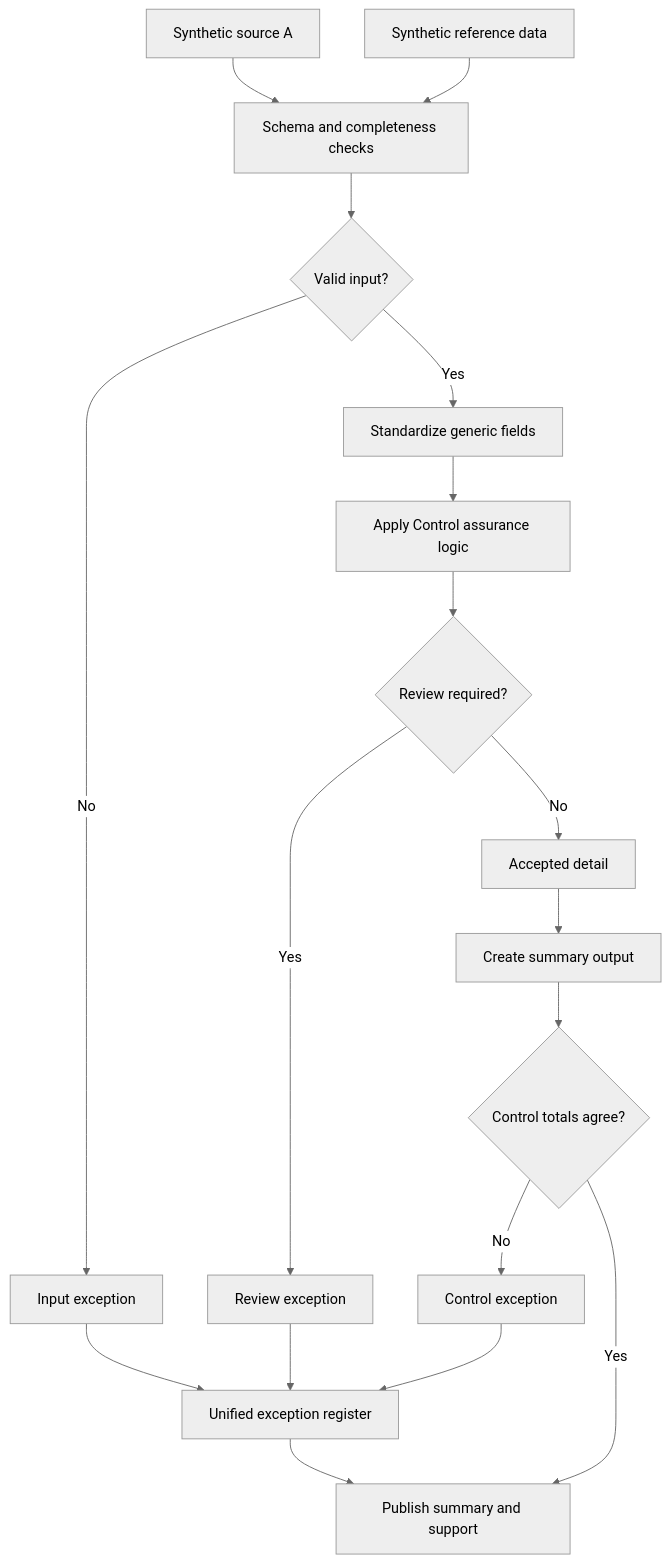
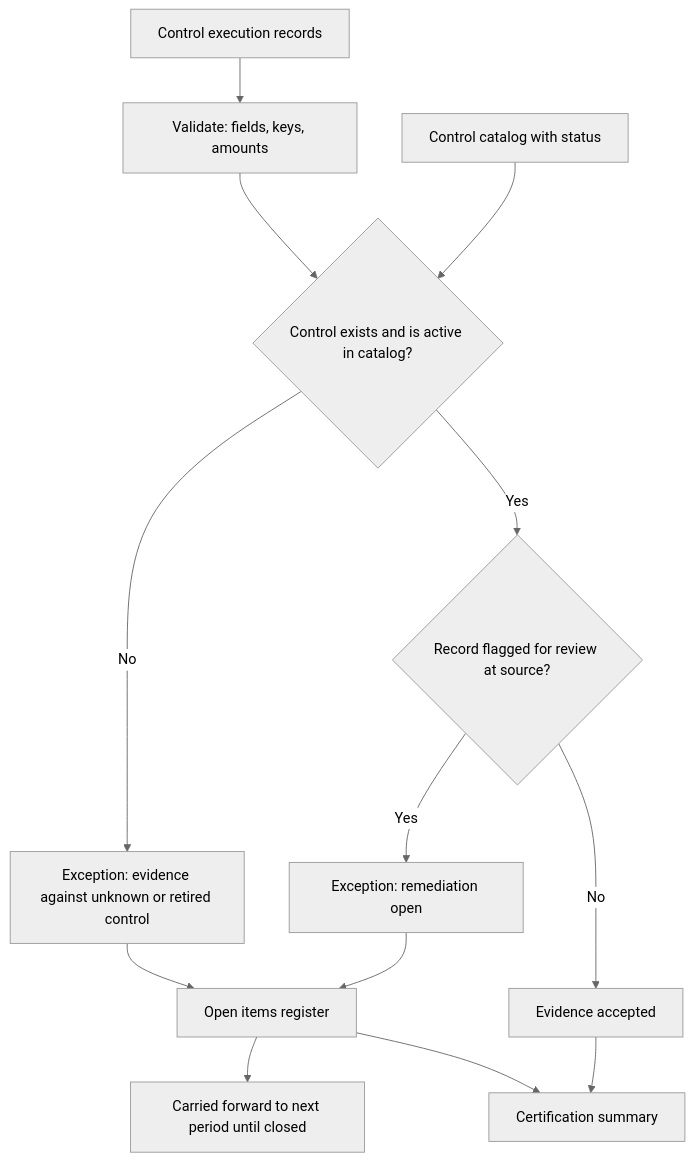
Before and after one commit to Erkzucr/automation-analytics-portfolio: the diagram in case-studies/08-control-evidence-lifecycle/README.md, drawn with Mermaid (neutral theme). The commit also changed 17 other files, not shown here.

````diff
--- a/case-studies/08-control-evidence-lifecycle/README.md
+++ b/case-studies/08-control-evidence-lifecycle/README.md
@@ -17,20 +17,15 @@
 ```mermaid
 flowchart TB
- A1[Synthetic source A] --> B[Schema and completeness checks]
- A2[Synthetic reference data] --> B
- B --> C{Valid input?}
- C -- No --> X1[Input exception]
- C -- Yes --> D[Standardize generic fields]
- D --> E[Apply Control assurance logic]
- E --> F{Review required?}
- F -- Yes --> X2[Review exception]
- F -- No --> G[Accepted detail]
- G --> H[Create summary output]
- H --> I{Control totals agree?}
- I -- No --> X3[Control exception]
- I -- Yes --> J[Publish summary and support]
- X1 --> K[Unified exception register]
- X2 --> K
- X3 --> K
- K --> J
+ E[Control execution records] --> V[Validate: fields, keys, amounts]
+ CAT[Control catalog with status] --> CK
+ V --> CK{Control exists and is active in catalog?}
+ CK -- No --> X1[Exception: evidence against unknown or retired control]
+ CK -- Yes --> ST{Record flagged for review at source?}
+ ST -- Yes --> X2[Exception: remediation open]
+ ST -- No --> OK[Evidence accepted]
+ OK --> CERT[Certification summary]
+ X1 --> REG[Open items register]
+ X2 --> REG
+ REG --> NEXT[Carried forward to next period until closed]
+ REG --> CERT
 ```
````
